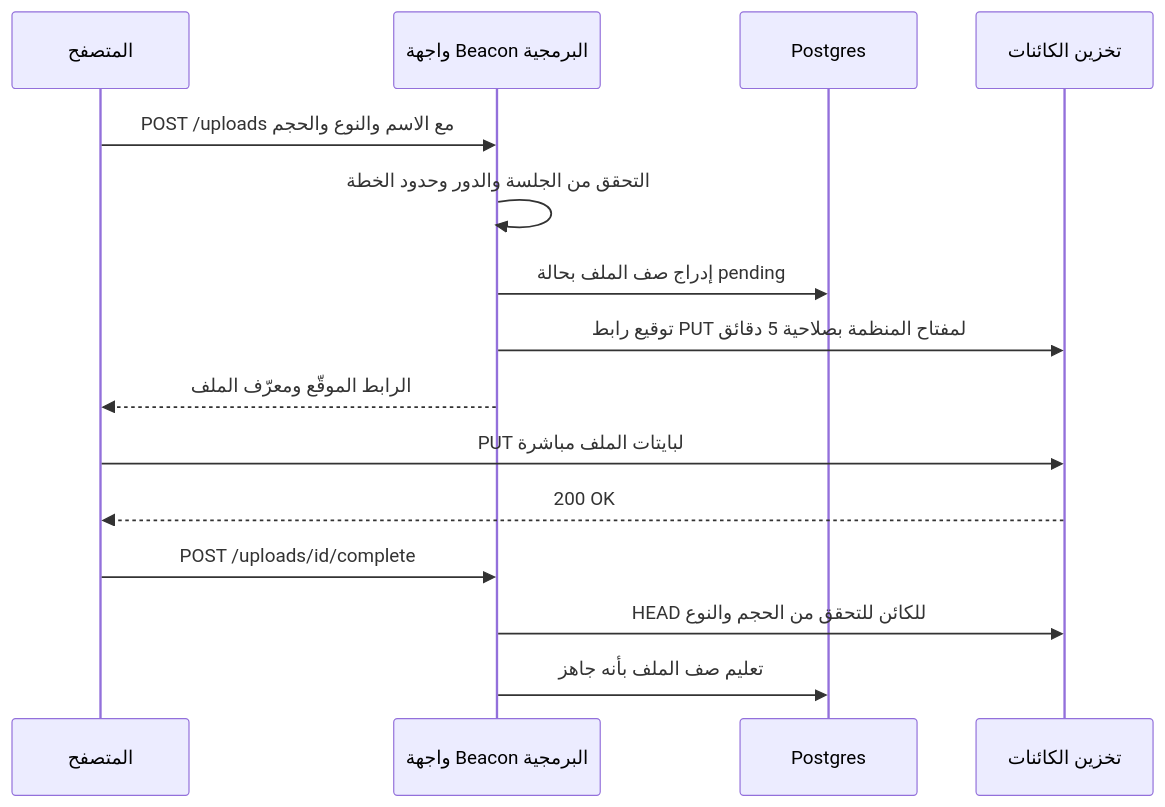
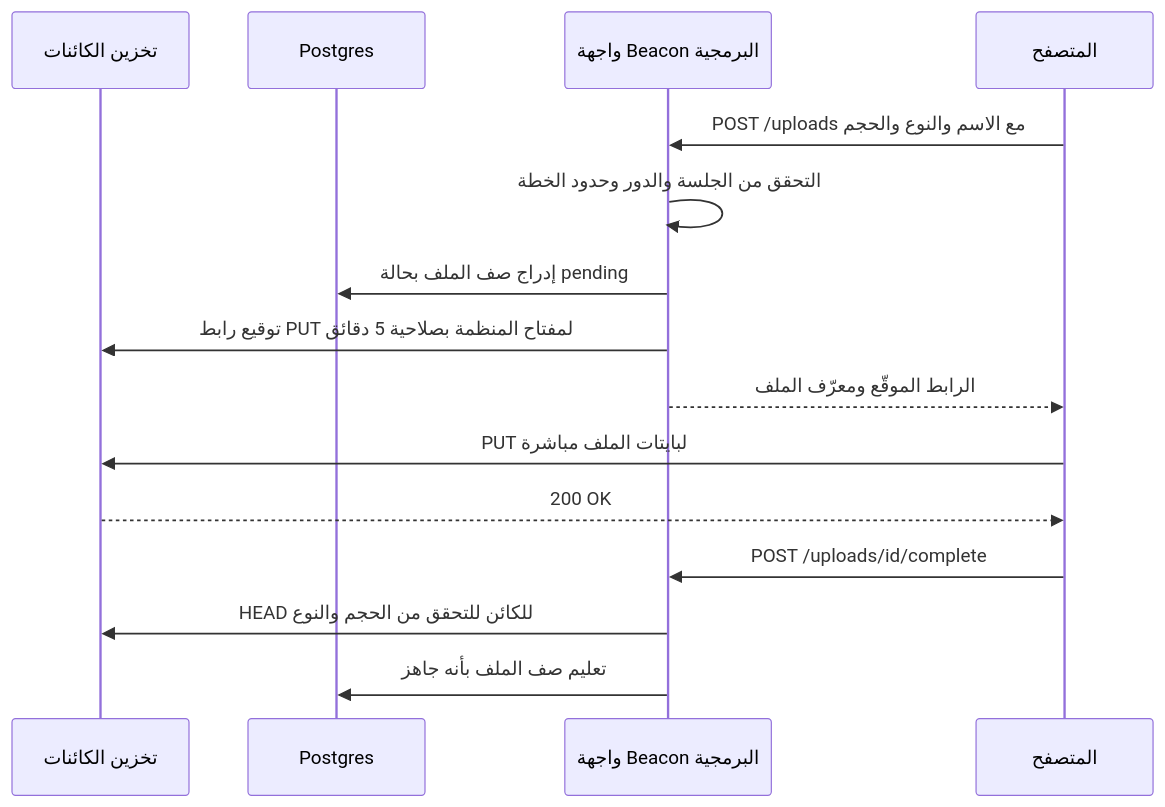
The third of 9 diagrams in saas/modules/02-data.ar.md (Tamoura/system-design-for-vibe-coders), drawn with Mermaid before and after one commit. The commit also changed other lines of this file and 31 other files, not shown here.

First line of the commit message:
Arabic editions: diagrams flow right to left

````diff
--- a/saas/modules/02-data.ar.md
+++ b/saas/modules/02-data.ar.md
@@ -336,17 +336,17 @@
 ```mermaid
 sequenceDiagram
+    participant S as تخزين الكائنات
+    participant D as Postgres
+    participant A as واجهة Beacon البرمجية
     participant B as المتصفح
-    participant A as واجهة Beacon البرمجية
-    participant D as Postgres
-    participant S as تخزين الكائنات
     B->>A: POST /uploads مع الاسم والنوع والحجم
     A->>A: التحقق من الجلسة والدور وحدود الخطة
     A->>D: إدراج صف الملف بحالة pending
     A->>S: توقيع رابط PUT لمفتاح المنظمة بصلاحية 5 دقائق
     A-->>B: الرابط الموقّع ومعرّف الملف
     B->>S: PUT لبايتات الملف مباشرة
     S-->>B: 200 OK
     B->>A: POST /uploads/id/complete
     A->>S: HEAD للكائن للتحقق من الحجم والنوع
     A->>D: تعليم صف الملف بأنه جاهز
 ```
````
